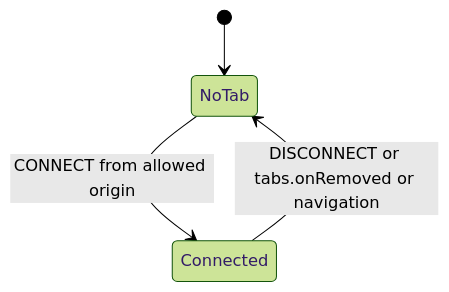
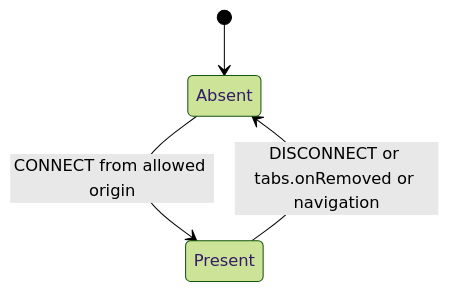
The third of 3 diagrams in packages/@webex/web-extension-bridge/src/extension/docs/README.md (webex/webex-js-sdk), drawn with Mermaid (forest theme) before and after one commit. The commit also changed other lines of this file and 2 other files, not shown here.

Commit message:
docs(web-extension-bridge): qualify Stage 0 FR8 bounds and per-tab worker state (SPARK-853132)

````diff
--- a/packages/@webex/web-extension-bridge/src/extension/docs/README.md
+++ b/packages/@webex/web-extension-bridge/src/extension/docs/README.md
@@ -209,6 +209,6 @@
 ```mermaid
 stateDiagram-v2
-  [*] --> NoTab
-  NoTab --> Connected: CONNECT from allowed origin
-  Connected --> NoTab: DISCONNECT or tabs.onRemoved or navigation
+  [*] --> Absent
+  Absent --> Present: CONNECT from allowed origin
+  Present --> Absent: DISCONNECT or tabs.onRemoved or navigation
 ```
````
